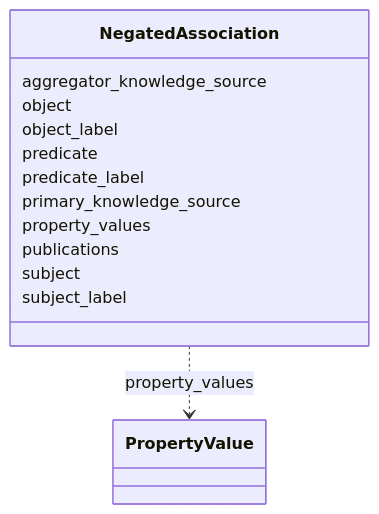
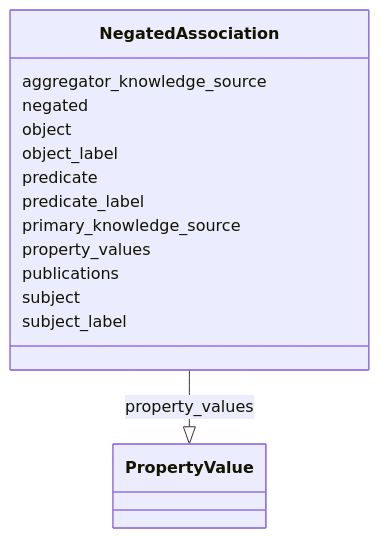
The diagram in association/NegatedAssociation.md (INCATools/ontology-access-kit), drawn with Mermaid before and after one commit. The commit also changed other lines of this file and 3011 other files, not shown here.

````diff
--- a/association/NegatedAssociation.md
+++ b/association/NegatedAssociation.md
@@ -11,27 +14,29 @@
 ```{mermaid}
  classDiagram
     class NegatedAssociation
       NegatedAssociation : aggregator_knowledge_source
+        
+      NegatedAssociation : negated
         
       NegatedAssociation : object
         
       NegatedAssociation : object_label
         
       NegatedAssociation : predicate
         
       NegatedAssociation : predicate_label
         
       NegatedAssociation : primary_knowledge_source
         
       NegatedAssociation : property_values
         
-          NegatedAssociation ..> PropertyValue : property_values
+          NegatedAssociation --|> PropertyValue : property_values
         
       NegatedAssociation : publications
         
       NegatedAssociation : subject
         
       NegatedAssociation : subject_label
         
       
 ```
````
